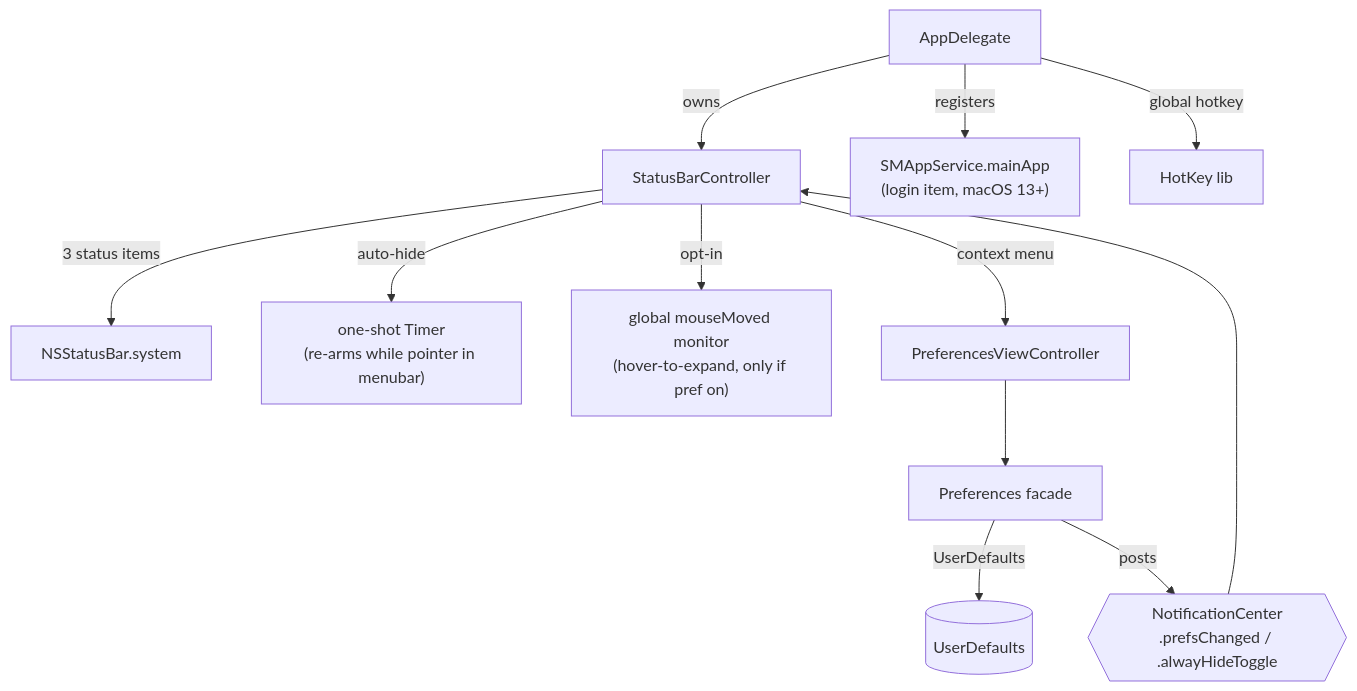
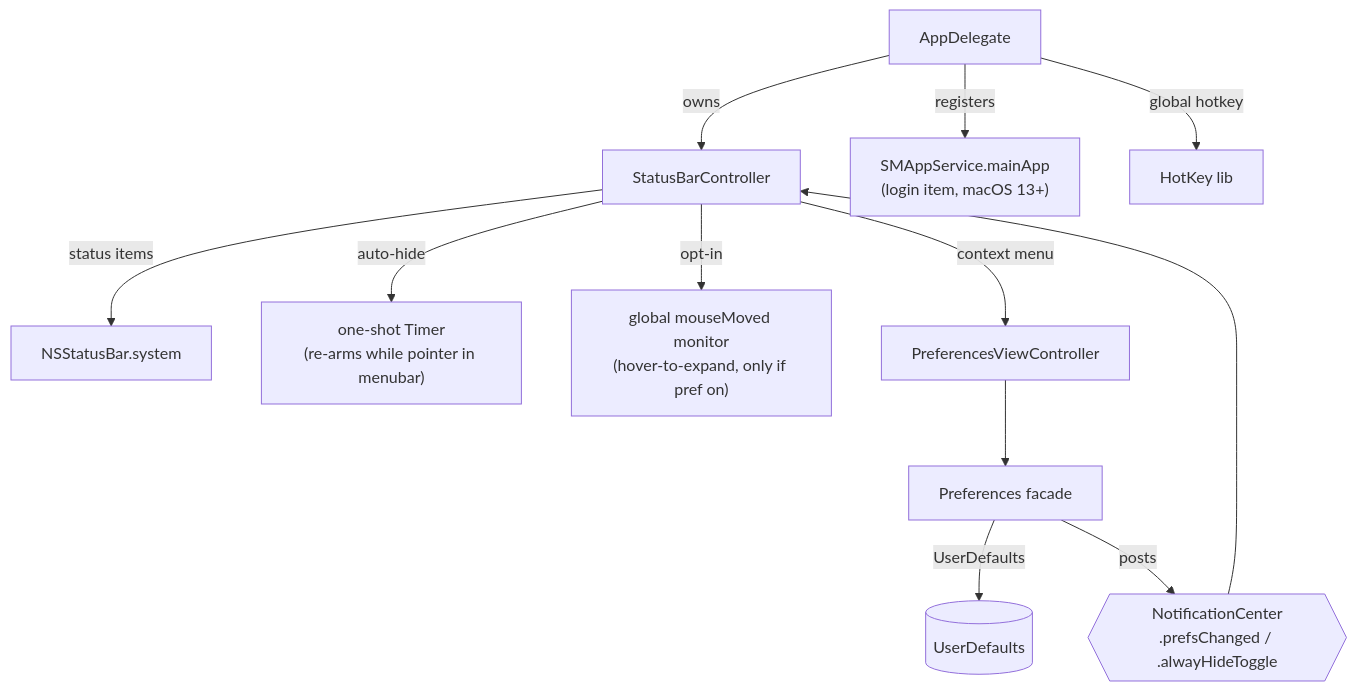
The second of 2 diagrams in docs/ARCHITECTURE.md (dwarvesf/hidden), drawn with Mermaid before and after one commit. The commit also changed other lines of this file and 5 other files, not shown here.

````diff
--- a/docs/ARCHITECTURE.md
+++ b/docs/ARCHITECTURE.md
@@ -43,14 +48,14 @@
 ```mermaid
 flowchart TD
     AD[AppDelegate] -->|owns| SBC[StatusBarController]
     AD -->|registers| SM["SMAppService.mainApp\n(login item, macOS 13+)"]
     AD -->|global hotkey| HK[HotKey lib]
-    SBC -->|3 status items| NSB[NSStatusBar.system]
+    SBC -->|status items| NSB[NSStatusBar.system]
     SBC -->|auto-hide| T["one-shot Timer\n(re-arms while pointer in menubar)"]
     SBC -->|opt-in| HM["global mouseMoved monitor\n(hover-to-expand, only if pref on)"]
     PREFS[Preferences facade] -->|UserDefaults| UD[(UserDefaults)]
     PREFS -->|posts| NC{{NotificationCenter\n.prefsChanged / .alwayHideToggle}}
     NC --> SBC
     PVC[PreferencesViewController] --> PREFS
     SBC -->|context menu| PVC
 ```
````
